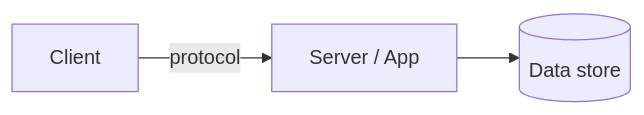
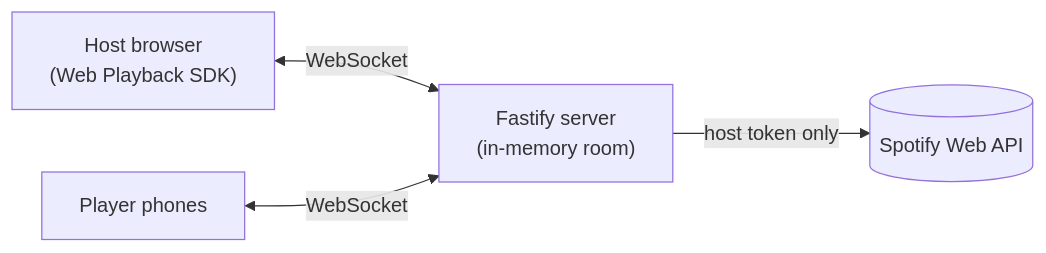
Before and after one commit to vdwolde/Song-Snitch: the first of 2 diagrams in README.md, drawn with Mermaid. The commit also changed other lines of this file and 37 other files, not shown here.

````diff
--- a/README.md
+++ b/README.md
@@ -136,5 +74,6 @@
 ```mermaid
 flowchart LR
-    U["Client"] -->|protocol| S["Server / App"]
-    S --> D[("Data store")]
+    H["Host browser<br/>(Web Playback SDK)"] <-->|WebSocket| S["Fastify server<br/>(in-memory room)"]
+    P["Player phones"] <-->|WebSocket| S
+    S -->|host token only| SP[("Spotify Web API")]
 ```
````
